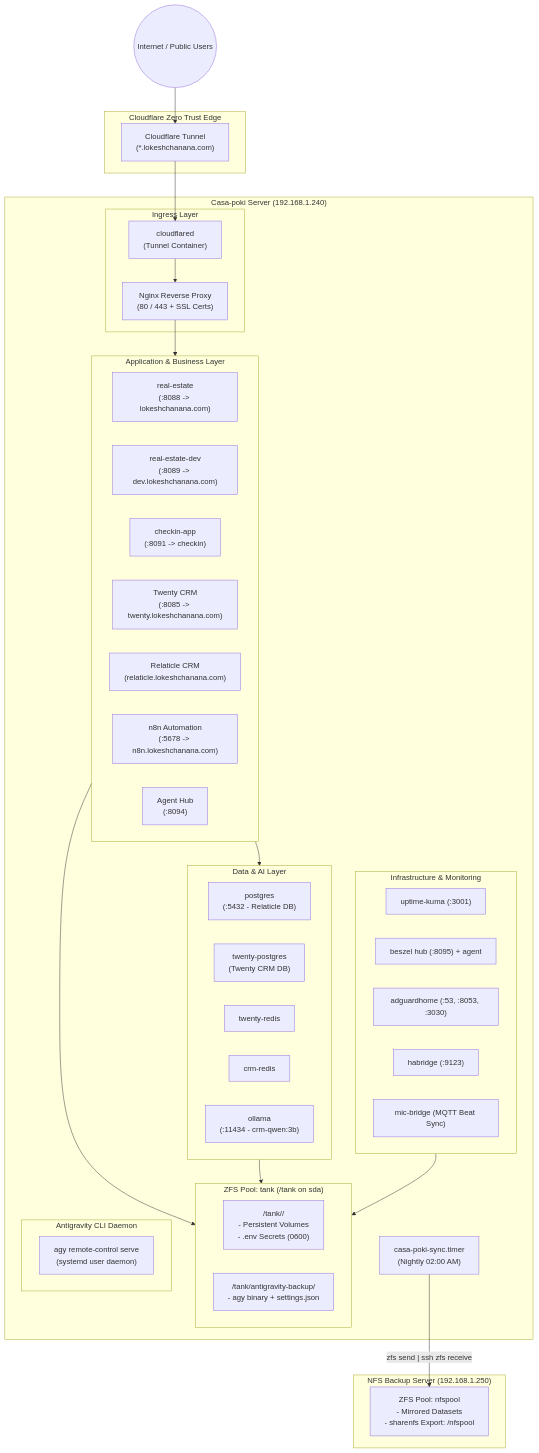
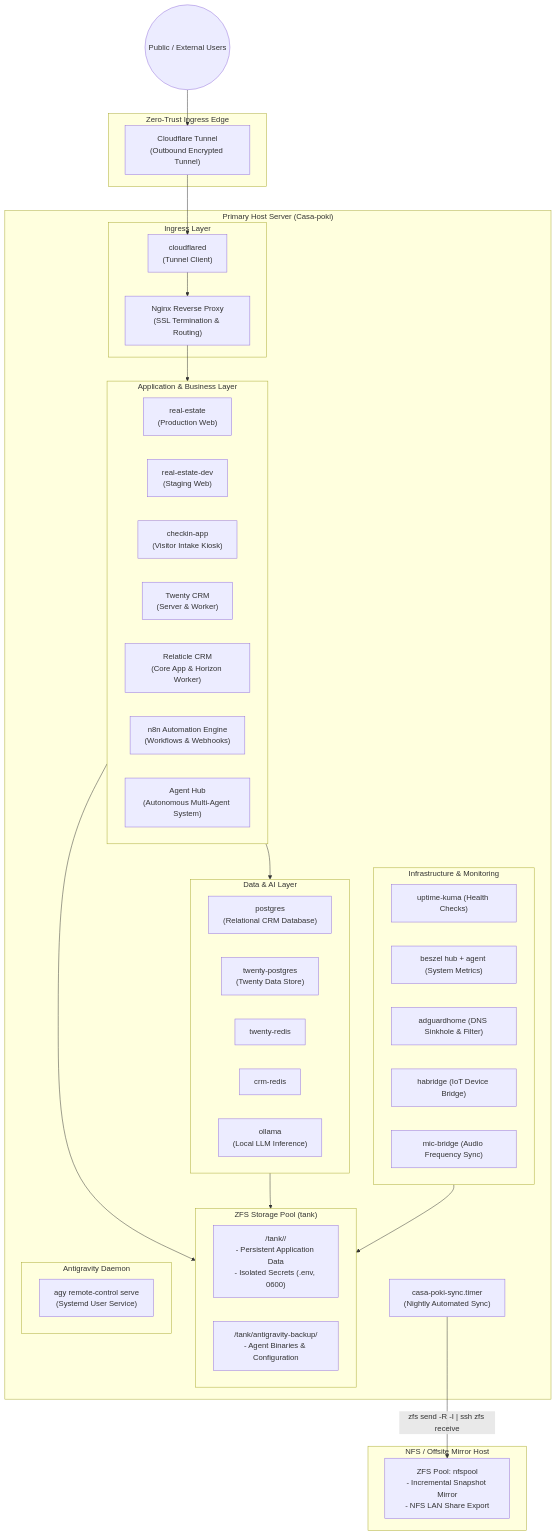
The diagram in README.md (lokeshchanana/Casa-poki), drawn with Mermaid before and after one commit. The commit also changed other lines of this file and 1 other file, not shown here.

Commit message:
Sanitize architecture documentation: redact personal PII and internal IP addresses

````diff
--- a/README.md
+++ b/README.md
@@ -27,66 +27,66 @@
 ```mermaid
 flowchart TB
-    Internet(("Internet / Public Users"))
+    Users(("Public / External Users"))
 
-    subgraph Cloudflare["Cloudflare Zero Trust Edge"]
-        CFTunnel["Cloudflare Tunnel<br/>(*.lokeshchanana.com)"]
+    subgraph Edge["Zero-Trust Ingress Edge"]
+        CFTunnel["Cloudflare Tunnel<br/>(Outbound Encrypted Tunnel)"]
     end
 
-    subgraph CasaPoki["Casa-poki Server (192.168.1.240)"]
+    subgraph CasaPoki["Primary Host Server (Casa-poki)"]
         subgraph Ingress["Ingress Layer"]
-            CFContainer["cloudflared<br/>(Tunnel Container)"]
-            Nginx["Nginx Reverse Proxy<br/>(80 / 443 + SSL Certs)"]
+            CFContainer["cloudflared<br/>(Tunnel Client)"]
+            Nginx["Nginx Reverse Proxy<br/>(SSL Termination & Routing)"]
         end
 
         subgraph Apps["Application & Business Layer"]
-            RealEstateProd["real-estate<br/>(:8088 -> lokeshchanana.com)"]
-            RealEstateDev["real-estate-dev<br/>(:8089 -> dev.lokeshchanana.com)"]
-            CheckinApp["checkin-app<br/>(:8091 -> checkin)"]
-            TwentyCRM["Twenty CRM<br/>(:8085 -> twenty.lokeshchanana.com)"]
-            RelaticleCRM["Relaticle CRM<br/>(relaticle.lokeshchanana.com)"]
-            N8N["n8n Automation<br/>(:5678 -> n8n.lokeshchanana.com)"]
-            AgentHub["Agent Hub<br/>(:8094)"]
+            RealEstateProd["real-estate<br/>(Production Web)"]
+            RealEstateDev["real-estate-dev<br/>(Staging Web)"]
+            CheckinApp["checkin-app<br/>(Visitor Intake Kiosk)"]
+            TwentyCRM["Twenty CRM<br/>(Server & Worker)"]
+            RelaticleCRM["Relaticle CRM<br/>(Core App & Horizon Worker)"]
+            N8N["n8n Automation Engine<br/>(Workflows & Webhooks)"]
+            AgentHub["Agent Hub<br/>(Autonomous Multi-Agent System)"]
         end
 
         subgraph DataAI["Data & AI Layer"]
-            PostgresShared["postgres<br/>(:5432 - Relaticle DB)"]
-            TwentyDB["twenty-postgres<br/>(Twenty CRM DB)"]
+            PostgresShared["postgres<br/>(Relational CRM Database)"]
+            TwentyDB["twenty-postgres<br/>(Twenty Data Store)"]
             RedisTwenty["twenty-redis"]
             RedisRelaticle["crm-redis"]
-            Ollama["ollama<br/>(:11434 - crm-qwen:3b)"]
+            Ollama["ollama<br/>(Local LLM Inference)"]
         end
 
         subgraph Infrastructure["Infrastructure & Monitoring"]
-            UptimeKuma["uptime-kuma (:3001)"]
-            Beszel["beszel hub (:8095) + agent"]
-            AdGuard["adguardhome (:53, :8053, :3030)"]
-            HABridge["habridge (:9123)"]
-            MicBridge["mic-bridge (MQTT Beat Sync)"]
+            UptimeKuma["uptime-kuma (Health Checks)"]
+            Beszel["beszel hub + agent (System Metrics)"]
+            AdGuard["adguardhome (DNS Sinkhole & Filter)"]
+            HABridge["habridge (IoT Device Bridge)"]
+            MicBridge["mic-bridge (Audio Frequency Sync)"]
         end
 
-        subgraph LocalStorage["ZFS Pool: tank (/tank on sda)"]
-            TankData["/tank/<service>/<br/>- Persistent Volumes<br/>- .env Secrets (0600)"]
-            AGYBackup["/tank/antigravity-backup/<br/>- agy binary + settings.json"]
+        subgraph LocalStorage["ZFS Storage Pool (tank)"]
+            TankData["/tank/<service>/<br/>- Persistent Application Data<br/>- Isolated Secrets (.env, 0600)"]
+            AGYBackup["/tank/antigravity-backup/<br/>- Agent Binaries & Configuration"]
         end
 
-        subgraph AgentEngine["Antigravity CLI Daemon"]
-            AGYDaemon["agy remote-control serve<br/>(systemd user daemon)"]
+        subgraph AgentEngine["Antigravity Daemon"]
+            AGYDaemon["agy remote-control serve<br/>(Systemd User Service)"]
         end
 
-        ReplicationTimer["casa-poki-sync.timer<br/>(Nightly 02:00 AM)"]
+        ReplicationTimer["casa-poki-sync.timer<br/>(Nightly Automated Sync)"]
     end
 
-    subgraph NFSServer["NFS Backup Server (192.168.1.250)"]
-        NFSPool["ZFS Pool: nfspool<br/>- Mirrored Datasets<br/>- sharenfs Export: /nfspool"]
+    subgraph NFSServer["NFS / Offsite Mirror Host"]
+        NFSPool["ZFS Pool: nfspool<br/>- Incremental Snapshot Mirror<br/>- NFS LAN Share Export"]
     end
 
-    Internet --> CFTunnel
+    Users --> CFTunnel
     CFTunnel --> CFContainer
     CFContainer --> Nginx
     Nginx --> Apps
     Apps --> DataAI
     Apps --> LocalStorage
     DataAI --> LocalStorage
     Infrastructure --> LocalStorage
-    ReplicationTimer -- "zfs send | ssh zfs receive" --> NFSPool
+    ReplicationTimer -- "zfs send -R -I | ssh zfs receive" --> NFSPool
 ```
````
